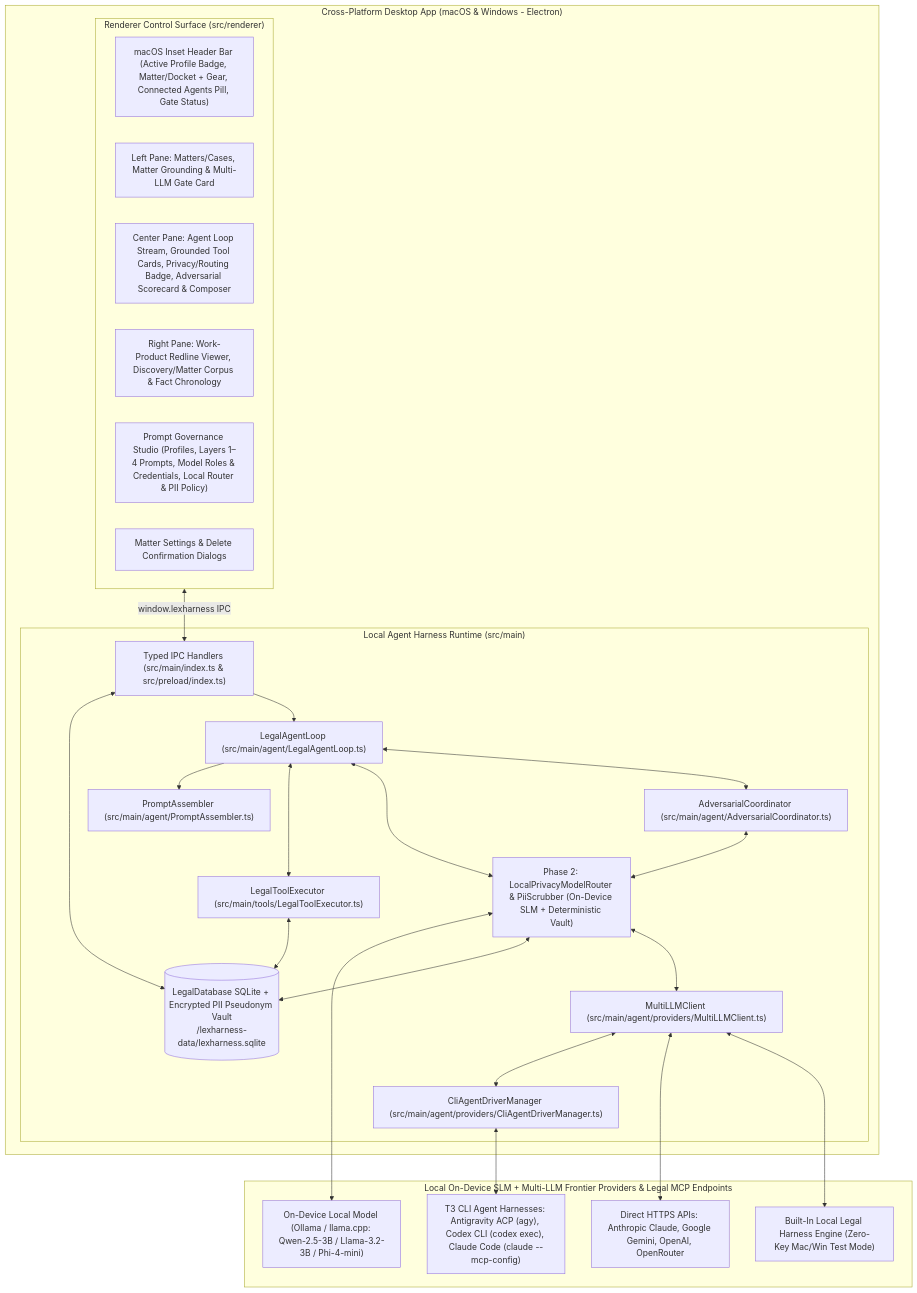
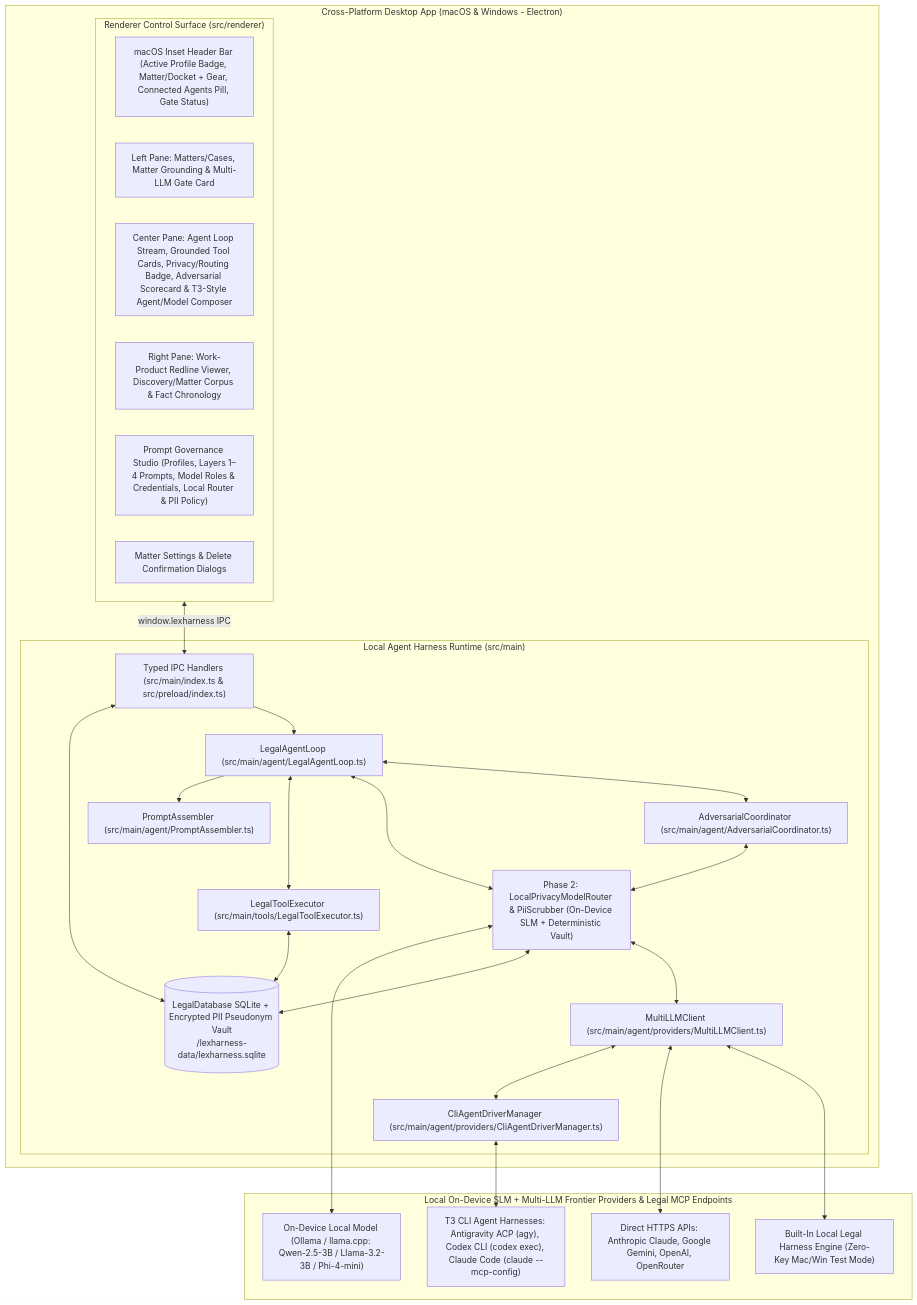
Before and after one commit to bentito/free-legal-assist: the first of 2 diagrams in docs/PLAN.md, drawn with Mermaid. The commit also changed 7 other files, not shown here.

Commit message:
feat: add T3-style agent & model selectors to prompt composer and replace generic button with concise Send action

````diff
--- a/docs/PLAN.md
+++ b/docs/PLAN.md
@@ -22,49 +22,49 @@
 ```mermaid
 flowchart TB
     subgraph Desktop["Cross-Platform Desktop App (macOS & Windows - Electron)"]
         subgraph UI["Renderer Control Surface (src/renderer)"]
             Header["macOS Inset Header Bar (Active Profile Badge, Matter/Docket + Gear, Connected Agents Pill, Gate Status)"]
             LeftSidebar["Left Pane: Matters/Cases, Matter Grounding & Multi-LLM Gate Card"]
-            CenterStream["Center Pane: Agent Loop Stream, Grounded Tool Cards, Privacy/Routing Badge, Adversarial Scorecard & Composer"]
+            CenterStream["Center Pane: Agent Loop Stream, Grounded Tool Cards, Privacy/Routing Badge, Adversarial Scorecard & T3-Style Agent/Model Composer"]
             RightPane["Right Pane: Work-Product Redline Viewer, Discovery/Matter Corpus & Fact Chronology"]
             StudioModal["Prompt Governance Studio (Profiles, Layers 1–4 Prompts, Model Roles & Credentials, Local Router & PII Policy)"]
             MatterModal["Matter Settings & Delete Confirmation Dialogs"]
         end
 
         subgraph Core["Local Agent Harness Runtime (src/main)"]
             IPC["Typed IPC Handlers (src/main/index.ts & src/preload/index.ts)"]
             Orchestrator["LegalAgentLoop (src/main/agent/LegalAgentLoop.ts)"]
             PromptAssembler["PromptAssembler (src/main/agent/PromptAssembler.ts)"]
             RouterGateway["Phase 2: LocalPrivacyModelRouter & PiiScrubber (On-Device SLM + Deterministic Vault)"]
             CliDrivers["CliAgentDriverManager (src/main/agent/providers/CliAgentDriverManager.ts)"]
             AdversarialEngine["AdversarialCoordinator (src/main/agent/AdversarialCoordinator.ts)"]
             LLMClient["MultiLLMClient (src/main/agent/providers/MultiLLMClient.ts)"]
             ToolRunner["LegalToolExecutor (src/main/tools/LegalToolExecutor.ts)"]
             DB[("LegalDatabase SQLite + Encrypted PII Pseudonym Vault\n<userData>/lexharness-data/lexharness.sqlite")]
         end
     end
 
     subgraph Providers["Local On-Device SLM + Multi-LLM Frontier Providers & Legal MCP Endpoints"]
         LocalSLM["On-Device Local Model (Ollama / llama.cpp: Qwen-2.5-3B / Llama-3.2-3B / Phi-4-mini)"]
         CLI["T3 CLI Agent Harnesses: Antigravity ACP (agy), Codex CLI (codex exec), Claude Code (claude --mcp-config)"]
         CloudAPIs["Direct HTTPS APIs: Anthropic Claude, Google Gemini, OpenAI, OpenRouter"]
         Sim["Built-In Local Legal Harness Engine (Zero-Key Mac/Win Test Mode)"]
     end
 
     UI <-->|window.lexharness IPC| IPC
     IPC <--> DB
     IPC --> Orchestrator
     Orchestrator --> PromptAssembler
     Orchestrator <--> ToolRunner
     ToolRunner <--> DB
     Orchestrator <--> RouterGateway
     RouterGateway <--> LocalSLM
     RouterGateway <--> DB
     RouterGateway <--> LLMClient
     Orchestrator <--> AdversarialEngine
     AdversarialEngine <--> RouterGateway
     LLMClient <--> CliDrivers
     CliDrivers <--> CLI
     LLMClient <--> CloudAPIs
     LLMClient <--> Sim
 ```
````
